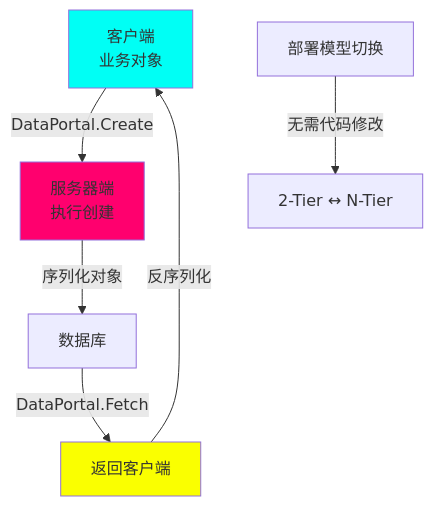
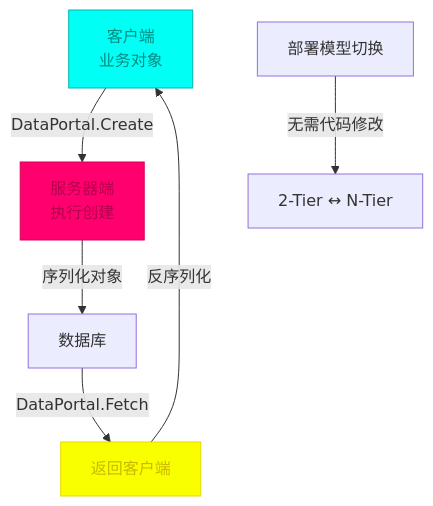
Before and after one commit to FreezeSoul/freezesoul.github.com: the first of 3 diagrams in _posts/2010-11-12-csla-net.md, drawn with Mermaid. The commit also changed other lines of this file and 9 other files, not shown here.

Commit message:
修正mermaid配色与要求

````diff
--- a/_posts/2010-11-12-csla-net.md
+++ b/_posts/2010-11-12-csla-net.md
@@ -154,12 +154,12 @@
 ```mermaid
 graph TD
     A[客户端<br/>业务对象] -->|DataPortal.Create| B[服务器端<br/>执行创建]
     B -->|序列化对象| C[数据库]
     C -->|DataPortal.Fetch| D[返回客户端]
     D -->|反序列化| A
     E[部署模型切换] -->|无需代码修改| F[2-Tier ↔ N-Tier]
 
-    style A fill:#00fff5
-    style B fill:#ff006e
-    style D fill:#faff00
+    style A fill:#00fff5,stroke:#00b8b0,color:#008b82
+    style B fill:#ff006e,stroke:#d6005c,color:#b3004e
+    style D fill:#faff00,stroke:#e6d900,color:#c9b800
 ```
````
